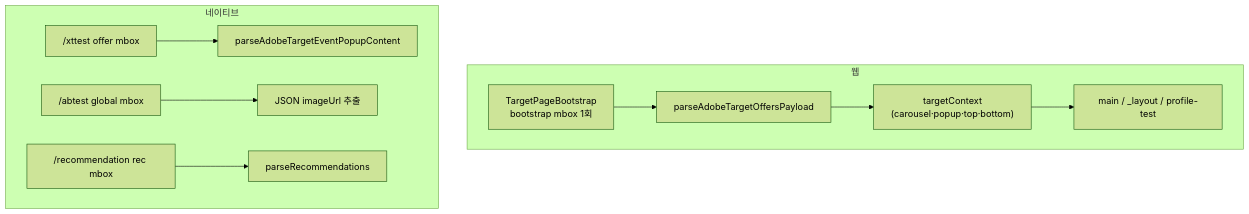
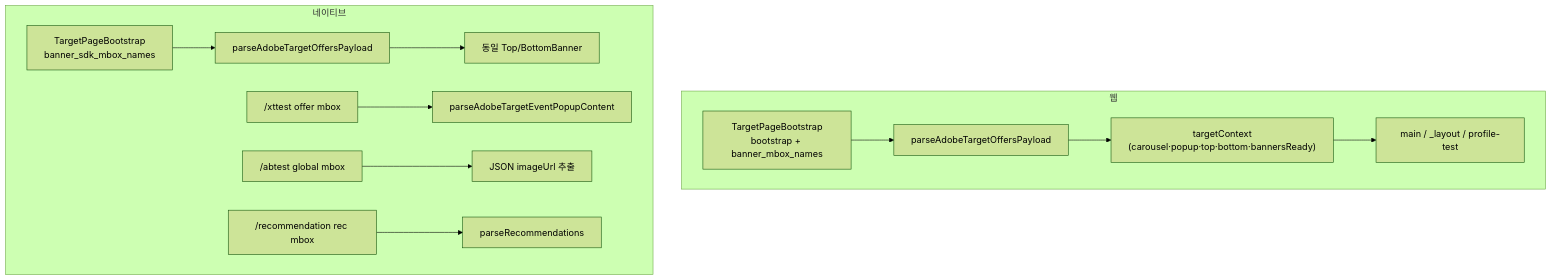
One commit to WhatDoThis/AT_TEST_PAGE changed diagram 11 of 11 in docs/main/04_AT_TEST_PAGE_ADOBE_TARGET_INTEGRATION.md. Above: the diagram before and after it, drawn with Mermaid (forest theme). The commit also changed other lines of this file and 5 other files, not shown here.

````diff
--- a/docs/main/04_AT_TEST_PAGE_ADOBE_TARGET_INTEGRATION.md
+++ b/docs/main/04_AT_TEST_PAGE_ADOBE_TARGET_INTEGRATION.md
@@ -780,13 +813,15 @@
 ```mermaid
 flowchart TB
   subgraph WEB[웹]
-    B["TargetPageBootstrap<br/>bootstrap mbox 1회"] --> P["parseAdobeTargetOffersPayload"]
-    P --> CTX["targetContext<br/>(carousel·popup·top·bottom)"]
+    B["TargetPageBootstrap<br/>bootstrap + banner_mbox_names"] --> P["parseAdobeTargetOffersPayload"]
+    P --> CTX["targetContext<br/>(carousel·popup·top·bottom·bannersReady)"]
     CTX --> UI["main / _layout / profile-test"]
   end
   subgraph NATIVE[네이티브]
+    NB["TargetPageBootstrap<br/>banner_sdk_mbox_names"] --> P2["parseAdobeTargetOffersPayload"]
+    P2 --> CTX2["동일 Top/BottomBanner"]
     XT["/xttest offer mbox"] --> EP["parseAdobeTargetEventPopupContent"]
     AB["/abtest global mbox"] --> IMG["JSON imageUrl 추출"]
     REC["/recommendation rec mbox"] --> RECP["parseRecommendations"]
   end
 ```
````
